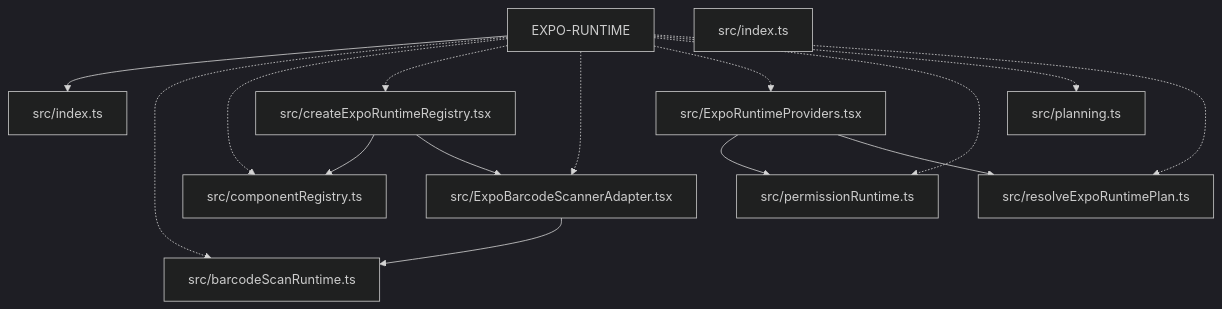
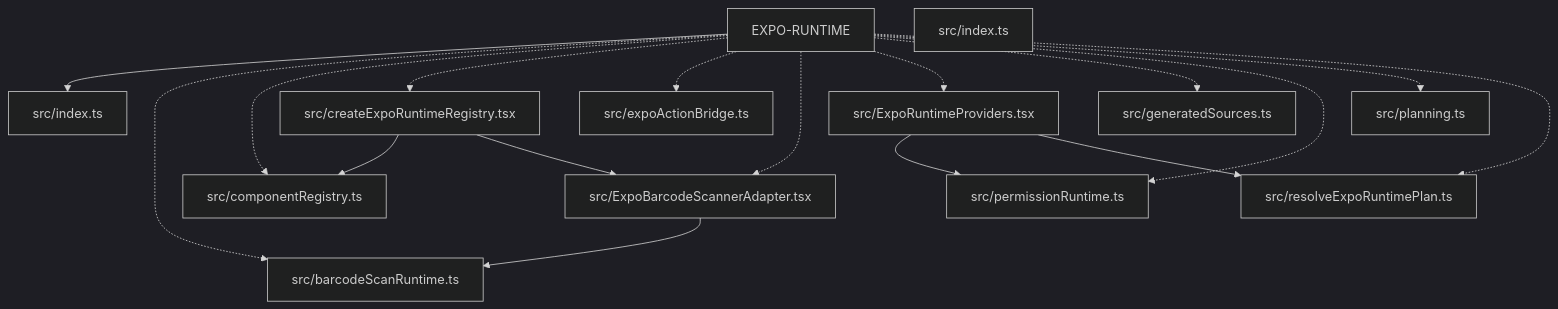
Before and after one commit to ankhorage/expo-runtime: the diagram in paradox/diagrams/architecture-overview.mmd, drawn with Mermaid (dark theme). The commit also changed 10 other files, not shown here.

```diff
--- a/paradox/diagrams/architecture-overview.mmd
+++ b/paradox/diagrams/architecture-overview.mmd
@@ -1,26 +1,30 @@
 graph TD
   package__ankhorage_expo_runtime["EXPO-RUNTIME"]
   entrypoint_src_index_ts["src/index.ts"]
   package__ankhorage_expo_runtime --> entrypoint_src_index_ts
   module_src_barcodeScanRuntime_ts["src/barcodeScanRuntime.ts"]
   package__ankhorage_expo_runtime -.-> module_src_barcodeScanRuntime_ts
   module_src_componentRegistry_ts["src/componentRegistry.ts"]
   package__ankhorage_expo_runtime -.-> module_src_componentRegistry_ts
   module_src_createExpoRuntimeRegistry_tsx["src/createExpoRuntimeRegistry.tsx"]
   package__ankhorage_expo_runtime -.-> module_src_createExpoRuntimeRegistry_tsx
   module_src_createExpoRuntimeRegistry_tsx --> module_src_componentRegistry_ts
   module_src_createExpoRuntimeRegistry_tsx --> module_src_ExpoBarcodeScannerAdapter_tsx
+  module_src_expoActionBridge_ts["src/expoActionBridge.ts"]
+  package__ankhorage_expo_runtime -.-> module_src_expoActionBridge_ts
   module_src_ExpoBarcodeScannerAdapter_tsx["src/ExpoBarcodeScannerAdapter.tsx"]
   package__ankhorage_expo_runtime -.-> module_src_ExpoBarcodeScannerAdapter_tsx
   module_src_ExpoBarcodeScannerAdapter_tsx --> module_src_barcodeScanRuntime_ts
   module_src_ExpoRuntimeProviders_tsx["src/ExpoRuntimeProviders.tsx"]
   package__ankhorage_expo_runtime -.-> module_src_ExpoRuntimeProviders_tsx
   module_src_ExpoRuntimeProviders_tsx --> module_src_permissionRuntime_ts
   module_src_ExpoRuntimeProviders_tsx --> module_src_resolveExpoRuntimePlan_ts
+  module_src_generatedSources_ts["src/generatedSources.ts"]
+  package__ankhorage_expo_runtime -.-> module_src_generatedSources_ts
   module_src_index_ts["src/index.ts"]
   module_src_permissionRuntime_ts["src/permissionRuntime.ts"]
   package__ankhorage_expo_runtime -.-> module_src_permissionRuntime_ts
   module_src_planning_ts["src/planning.ts"]
   package__ankhorage_expo_runtime -.-> module_src_planning_ts
   module_src_resolveExpoRuntimePlan_ts["src/resolveExpoRuntimePlan.ts"]
   package__ankhorage_expo_runtime -.-> module_src_resolveExpoRuntimePlan_ts
```
